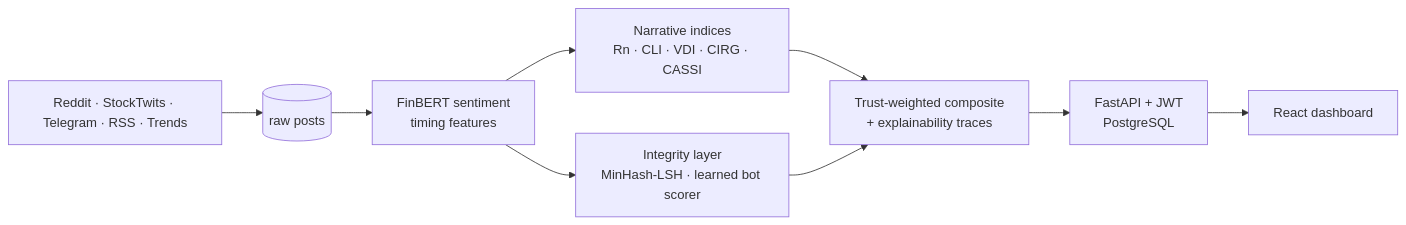
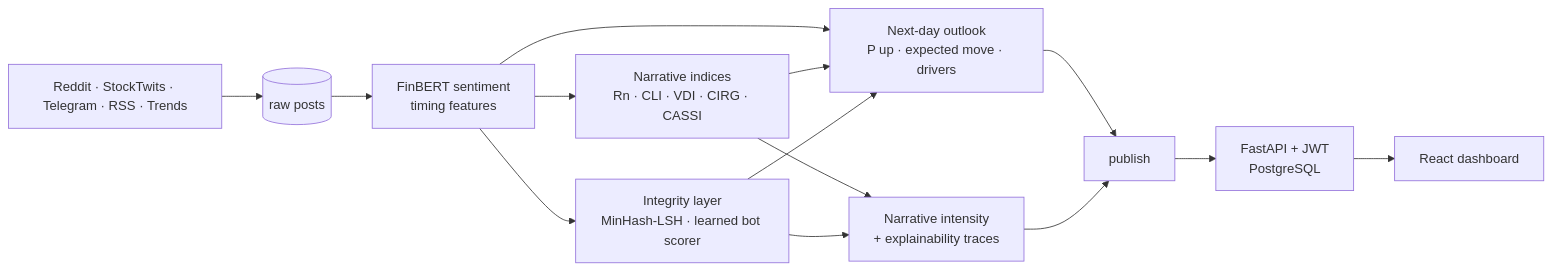
Before and after one commit to GeoJeffrey/diverge: the diagram in README.md, drawn with Mermaid. The commit also changed other lines of this file and 6 other files, not shown here.

Commit message:
Docs and evaluation runner: next-day outlook, worker publish step, honest framing

````diff
--- a/README.md
+++ b/README.md
@@ -33,10 +35,11 @@
 ```mermaid
 flowchart LR
     A[Reddit · StockTwits · Telegram · RSS · Trends] --> B[(raw posts)]
     B --> C[FinBERT sentiment<br/>timing features]
     C --> D[Narrative indices<br/>Rn · CLI · VDI · CIRG · CASSI]
     C --> E[Integrity layer<br/>MinHash-LSH · learned bot scorer]
-    D & E --> F[Trust-weighted composite<br/>+ explainability traces]
-    F --> G[FastAPI + JWT<br/>PostgreSQL]
+    C & D & E --> O[Next-day outlook<br/>P up · expected move · drivers]
+    D & E --> F[Narrative intensity<br/>+ explainability traces]
+    O & F --> P[publish] --> G[FastAPI + JWT<br/>PostgreSQL]
     G --> H[React dashboard]
 ```
````
